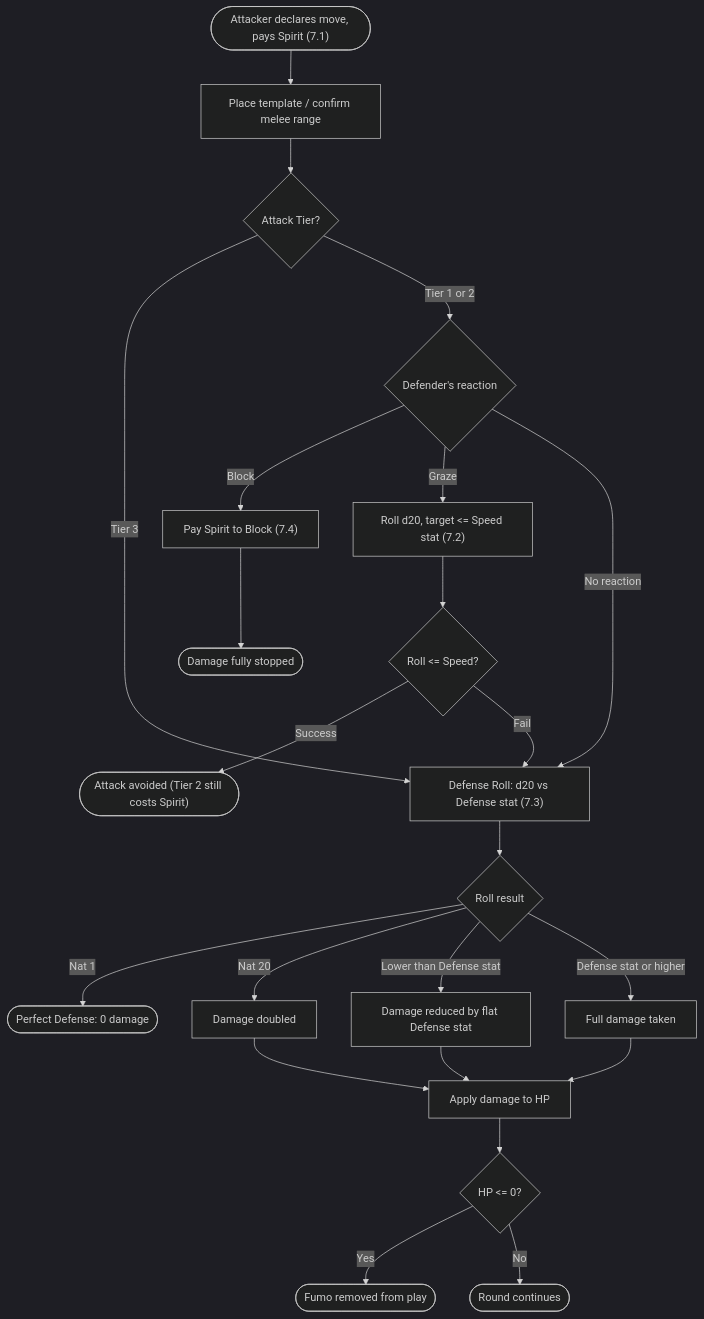
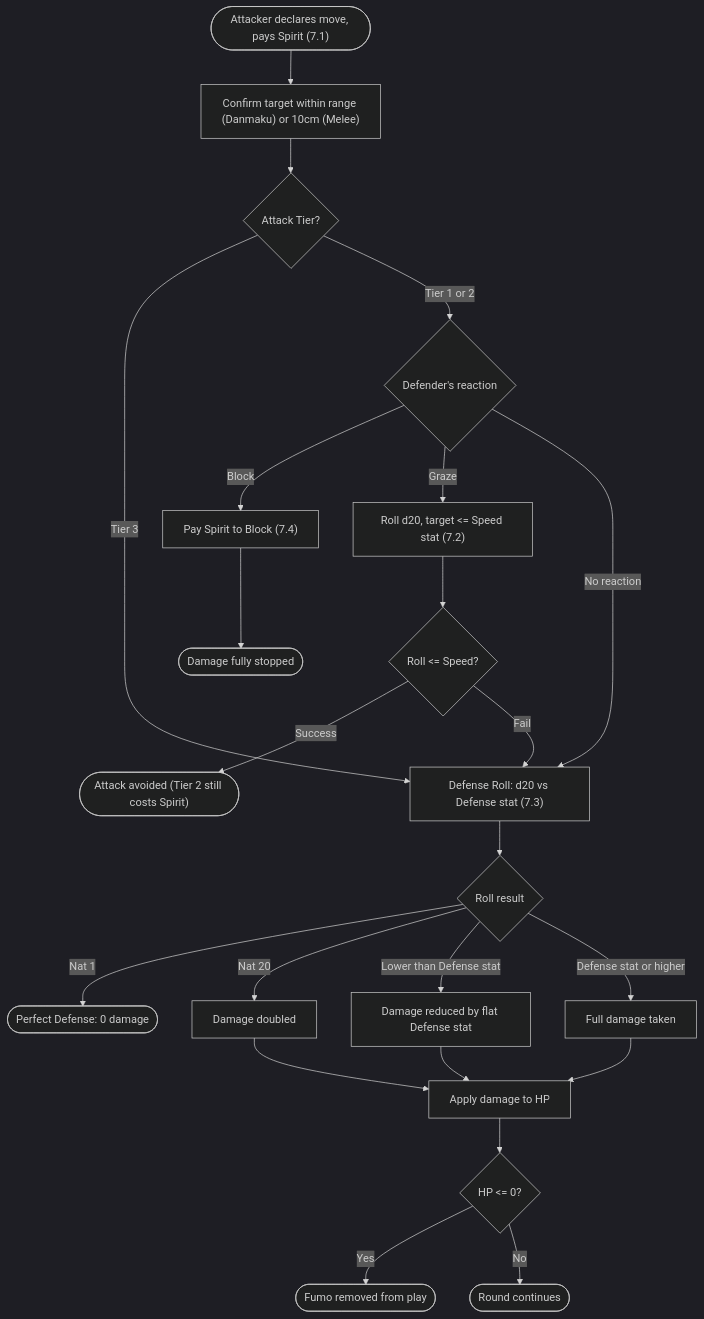
Before and after one commit to yumenegi/fumohammer: the second of 2 diagrams in README.md, drawn with Mermaid (dark theme). The commit also changed other lines of this file and 1 other file, not shown here.

````diff
--- a/README.md
+++ b/README.md
@@ -448,25 +449,25 @@
 ```mermaid
 flowchart TD
-    A(["Attacker declares move, pays Spirit (7.1)"]) --> B["Place template / confirm melee range"]
+    A(["Attacker declares move, pays Spirit (7.1)"]) --> B["Confirm target within range (Danmaku) or 10cm (Melee)"]
     B --> C{"Attack Tier?"}
     C -->|"Tier 3"| G["Defense Roll: d20 vs Defense stat (7.3)"]
     C -->|"Tier 1 or 2"| D{"Defender's reaction"}
     D -->|"Block"| E["Pay Spirit to Block (7.4)"]
     E --> F(["Damage fully stopped"])
     D -->|"Graze"| H["Roll d20, target <= Speed stat (7.2)"]
     H --> I{"Roll <= Speed?"}
     I -->|"Success"| J(["Attack avoided (Tier 2 still costs Spirit)"])
     I -->|"Fail"| G
     D -->|"No reaction"| G
     G --> K{"Roll result"}
     K -->|"Nat 1"| L(["Perfect Defense: 0 damage"])
     K -->|"Nat 20"| M["Damage doubled"]
     M --> P["Apply damage to HP"]
     K -->|"Lower than Defense stat"| N["Damage reduced by flat Defense stat"]
     N --> P
     K -->|"Defense stat or higher"| O["Full damage taken"]
     O --> P
     P --> Q{"HP <= 0?"}
     Q -->|"Yes"| R(["Fumo removed from play"])
     Q -->|"No"| S(["Round continues"])
 ```
````
